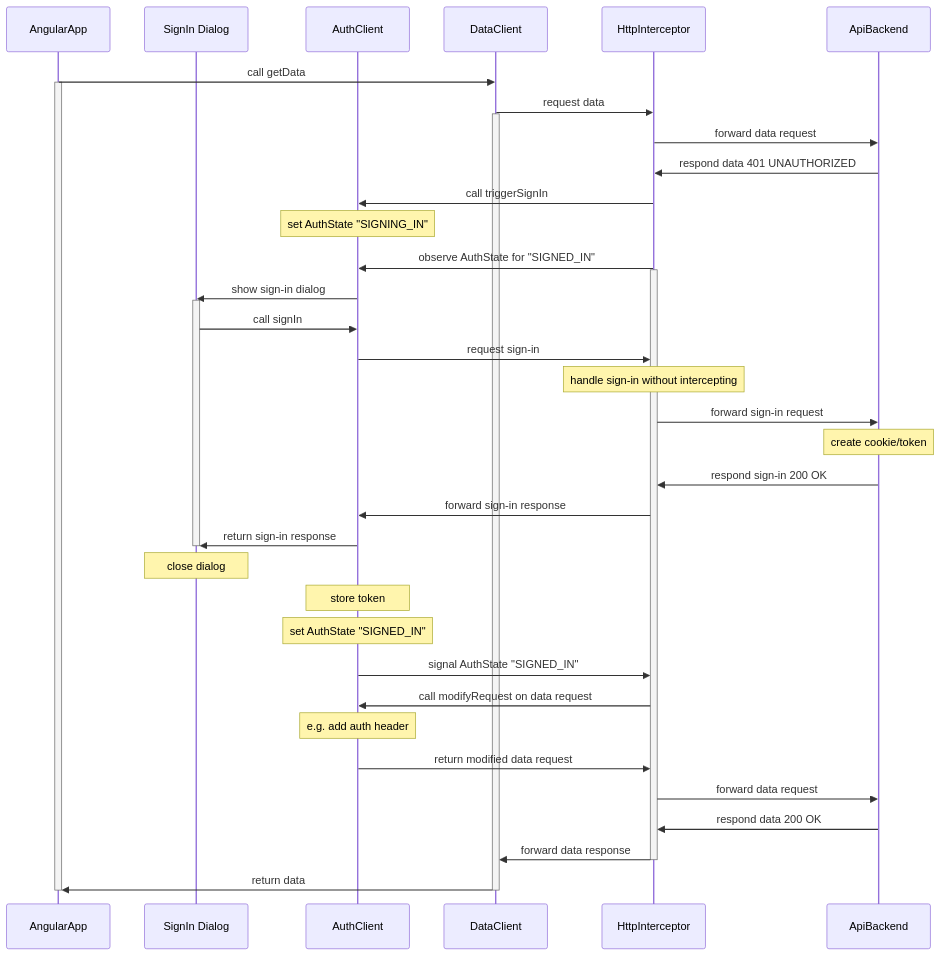
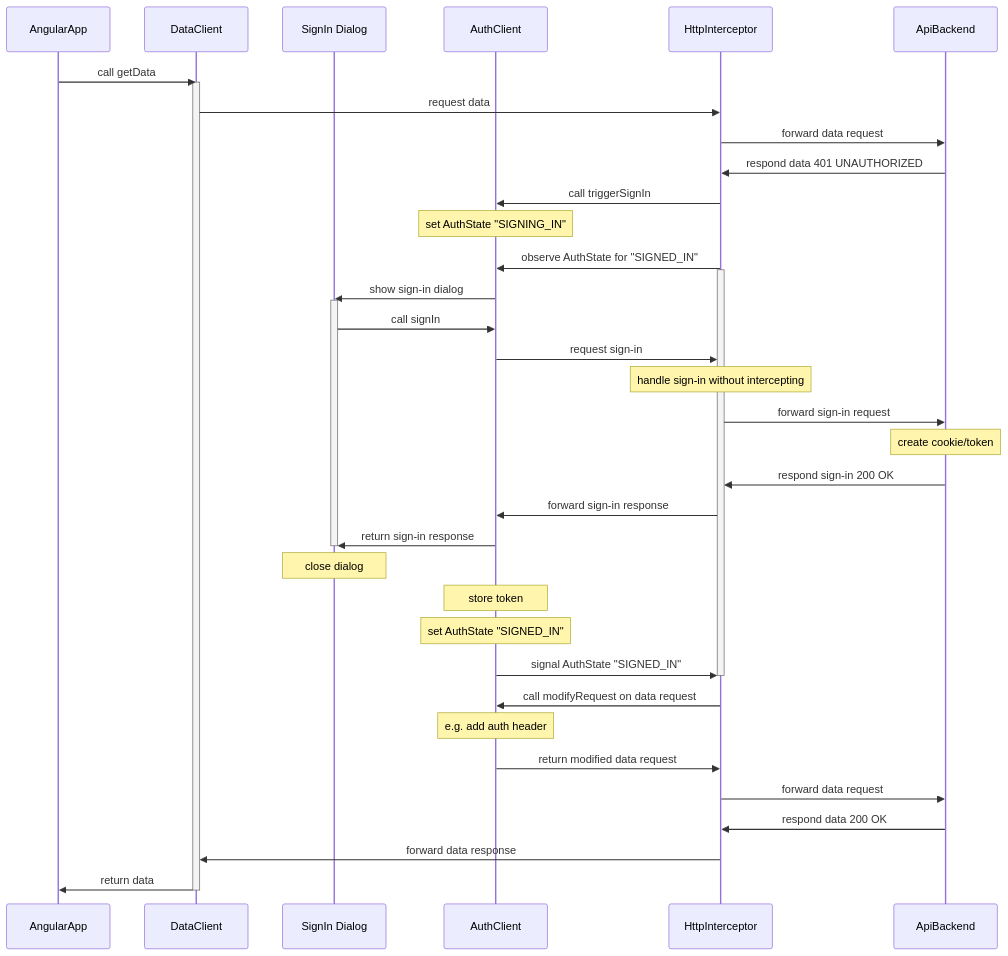
One commit to flens-dev/modern-angular changed the diagram in libs/tools/auth/README.md. Above: the diagram before and after it, drawn with Mermaid.

Commit message:
tools/auth - refactor diagram

````diff
--- a/libs/tools/auth/README.md
+++ b/libs/tools/auth/README.md
@@ -3,45 +3,43 @@
 ```mermaid
 sequenceDiagram
   participant A as AngularApp
+  participant D as DataClient
   participant L as SignIn Dialog
   participant S as AuthClient
-  participant D as DataClient
   participant H as HttpInterceptor
   participant B as ApiBackend
 
   A->>D: call getData
-  activate A
+  activate D
   D->>H: request data
-  activate D
   H->>B: forward data request
   B->>H: respond data 401 UNAUTHORIZED
   H->>S: call triggerSignIn
   Note over S: set AuthState "SIGNING_IN"
   H->>S: observe AuthState for "SIGNED_IN"
   activate H
   S->>L: show sign-in dialog
   activate L
   L->>S: call signIn
   S->>H: request sign-in
   Note over H: handle sign-in without intercepting
   H->>B: forward sign-in request
   Note over B: create cookie/token
   B->>H: respond sign-in 200 OK
   H->>S: forward sign-in response
   S->>L: return sign-in response
   deactivate L
   Note over L: close dialog
   Note over S: store token
   Note over S: set AuthState "SIGNED_IN"
   S->>H: signal AuthState "SIGNED_IN"
+  deactivate H
   H->>S: call modifyRequest on data request
   Note over S: e.g. add auth header
   S->>H: return modified data request
   H->>B: forward data request
   B->>H: respond data 200 OK
   H->>D: forward data response
-  deactivate H
   D->>A: return data
   deactivate D
-  deactivate A
 ```
````
